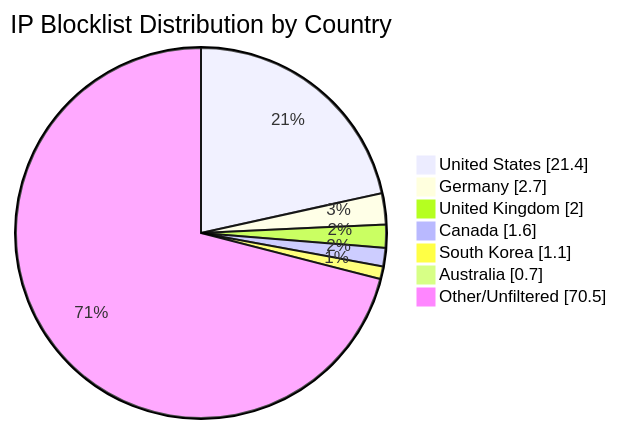
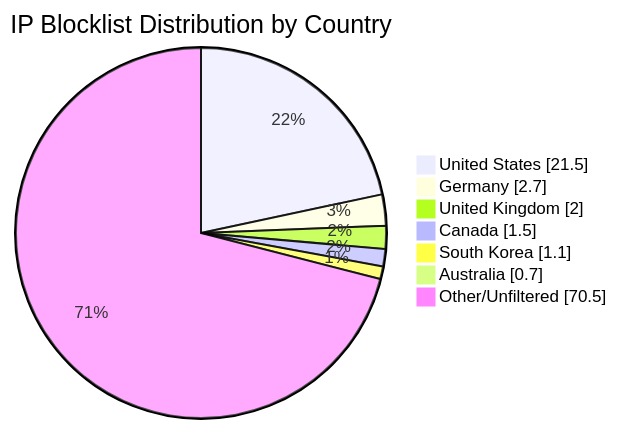
The diagram in README.md (MarcusHoltz/ipblocklist-geofiltered-aggregator), drawn with Mermaid before and after one commit. The commit also changed other lines of this file and 9 other files, not shown here.

````diff
--- a/README.md
+++ b/README.md
@@ -34,10 +34,10 @@
 ```mermaid
 pie showData title IP Blocklist Distribution by Country
-"United States" : 21.4
+"United States" : 21.5
 "Germany" : 2.7
 "United Kingdom" : 2.0
-"Canada" : 1.6
+"Canada" : 1.5
 "South Korea" : 1.1
 "Australia" : 0.7
 "Other/Unfiltered" : 70.5
 ```
````
